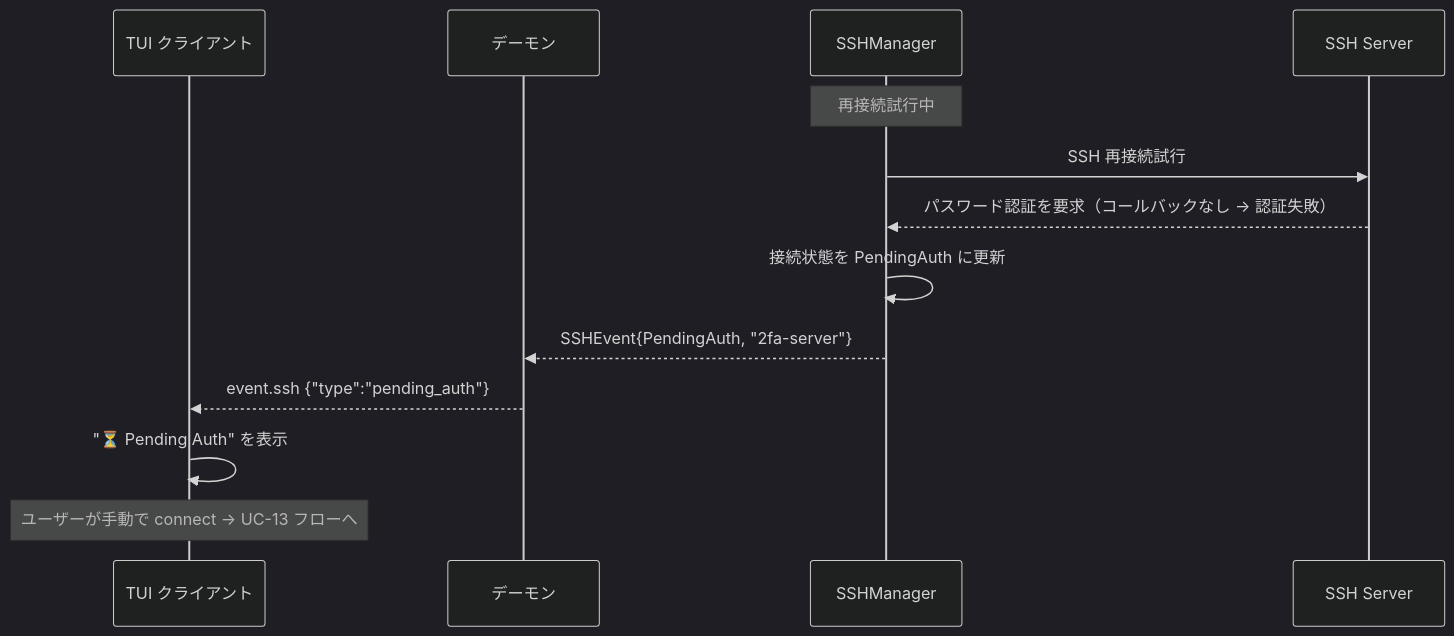
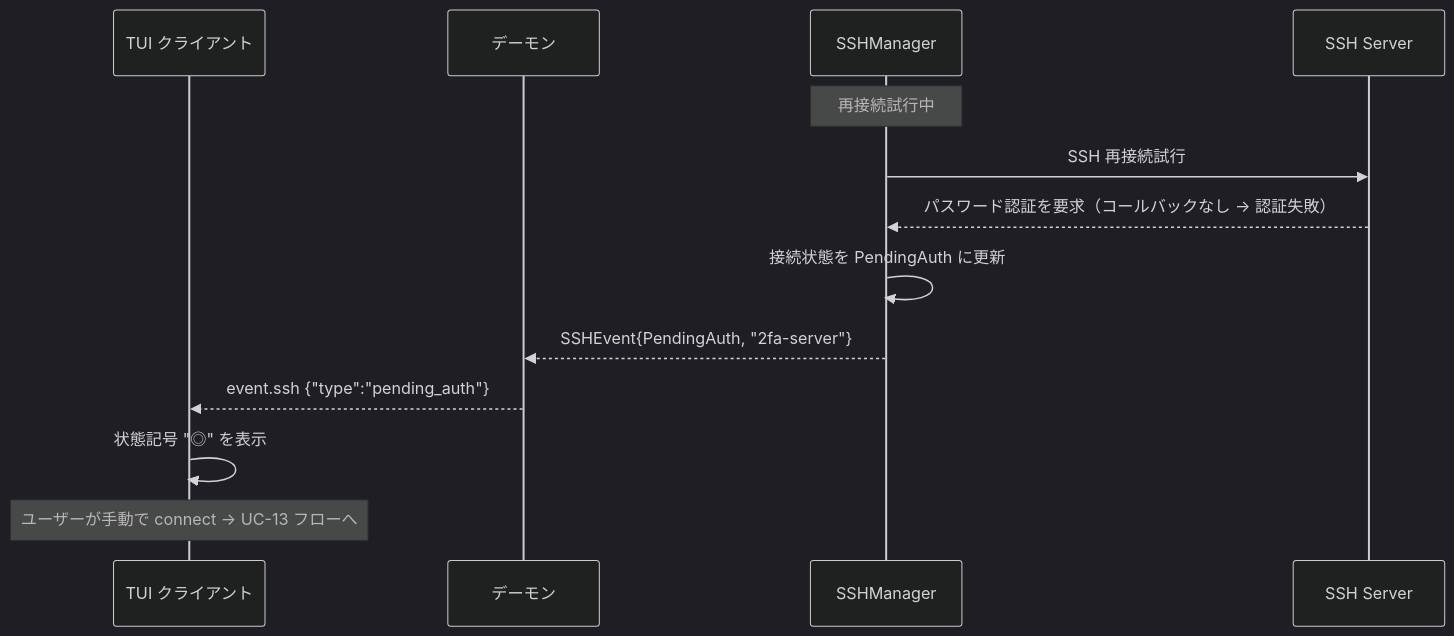
One commit to ousiassllc/MolePort changed diagram 16 of 23 in docs/architecture/overview.md. Above: the diagram before and after it, drawn with Mermaid (dark theme). The commit also changed other lines of this file and 2 other files, not shown here.

Commit message:
docs: selected_host と pending_auth 通知・バッジが未実装であることを明記 (#145, #146)

````diff
--- a/docs/architecture/overview.md
+++ b/docs/architecture/overview.md
@@ -945,19 +947,19 @@
 ```mermaid
 sequenceDiagram
     participant TUI as TUI クライアント
     participant Daemon as デーモン
     participant SSH as SSHManager
     participant Remote as SSH Server
 
     Note over SSH: 再接続試行中
 
     SSH->>Remote: SSH 再接続試行
     Remote-->>SSH: パスワード認証を要求（コールバックなし → 認証失敗）
 
     SSH->>SSH: 接続状態を PendingAuth に更新
     SSH-->>Daemon: SSHEvent{PendingAuth, "2fa-server"}
     Daemon-->>TUI: event.ssh {"type":"pending_auth"}
-    TUI->>TUI: "⏳ Pending Auth" を表示
+    TUI->>TUI: 状態記号 "◎" を表示
 
     Note over TUI: ユーザーが手動で connect → UC-13 フローへ
 ```
````
